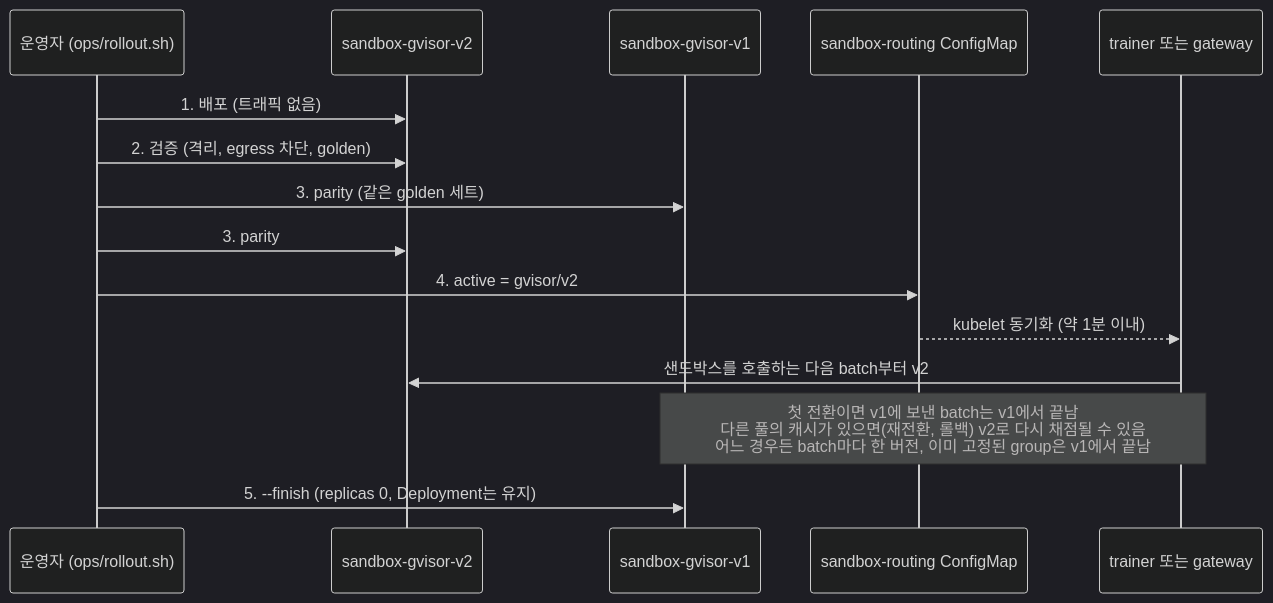
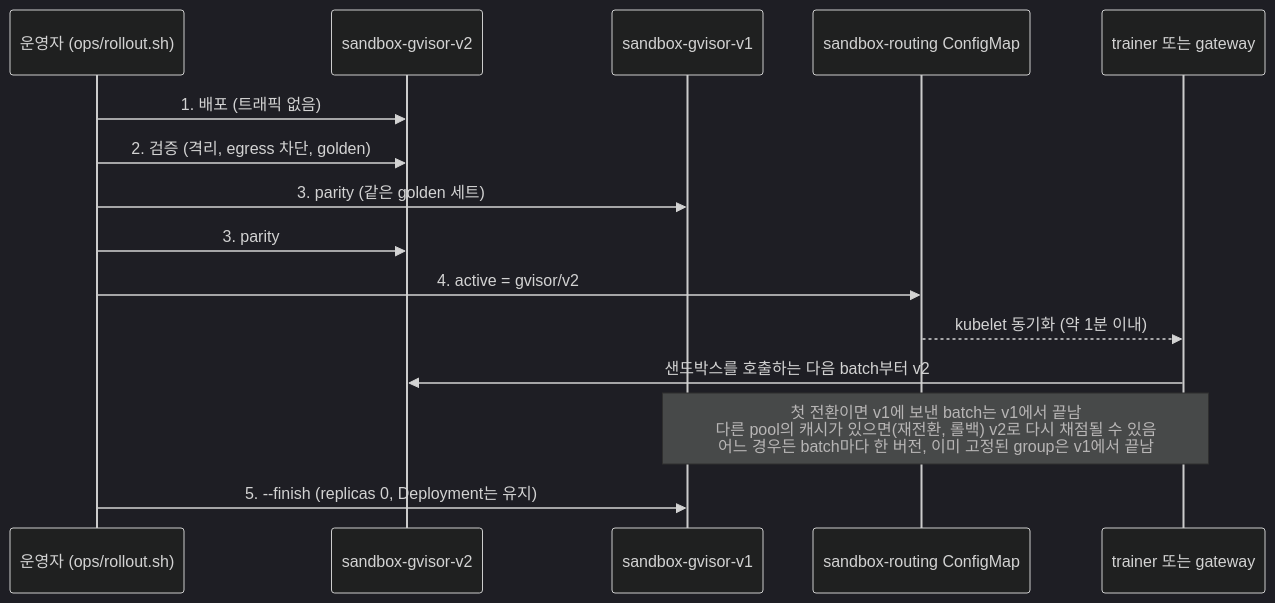
Before and after one commit to daekeun-ml/gpu-sandbox-on-aws: the diagram in docs/production/05_sandbox_updates.md, drawn with Mermaid (dark theme). The commit also changed other lines of this file and 112 other files, not shown here.

````diff
--- a/docs/production/05_sandbox_updates.md
+++ b/docs/production/05_sandbox_updates.md
@@ -105,17 +107,17 @@
 ```mermaid
 sequenceDiagram
     participant O as 운영자 (ops/rollout.sh)
     participant N as sandbox-gvisor-v2
     participant B as sandbox-gvisor-v1
     participant C as sandbox-routing ConfigMap
     participant T as trainer 또는 gateway
     O->>N: 1. 배포 (트래픽 없음)
     O->>N: 2. 검증 (격리, egress 차단, golden)
     O->>B: 3. parity (같은 golden 세트)
     O->>N: 3. parity
     O->>C: 4. active = gvisor/v2
     C-->>T: kubelet 동기화 (약 1분 이내)
     T->>N: 샌드박스를 호출하는 다음 batch부터 v2
-    Note over T,B: 첫 전환이면 v1에 보낸 batch는 v1에서 끝남<br/>다른 풀의 캐시가 있으면(재전환, 롤백) v2로 다시 채점될 수 있음<br/>어느 경우든 batch마다 한 버전, 이미 고정된 group은 v1에서 끝남
+    Note over T,B: 첫 전환이면 v1에 보낸 batch는 v1에서 끝남<br/>다른 pool의 캐시가 있으면(재전환, 롤백) v2로 다시 채점될 수 있음<br/>어느 경우든 batch마다 한 버전, 이미 고정된 group은 v1에서 끝남
     O->>B: 5. --finish (replicas 0, Deployment는 유지)
 ```
````
